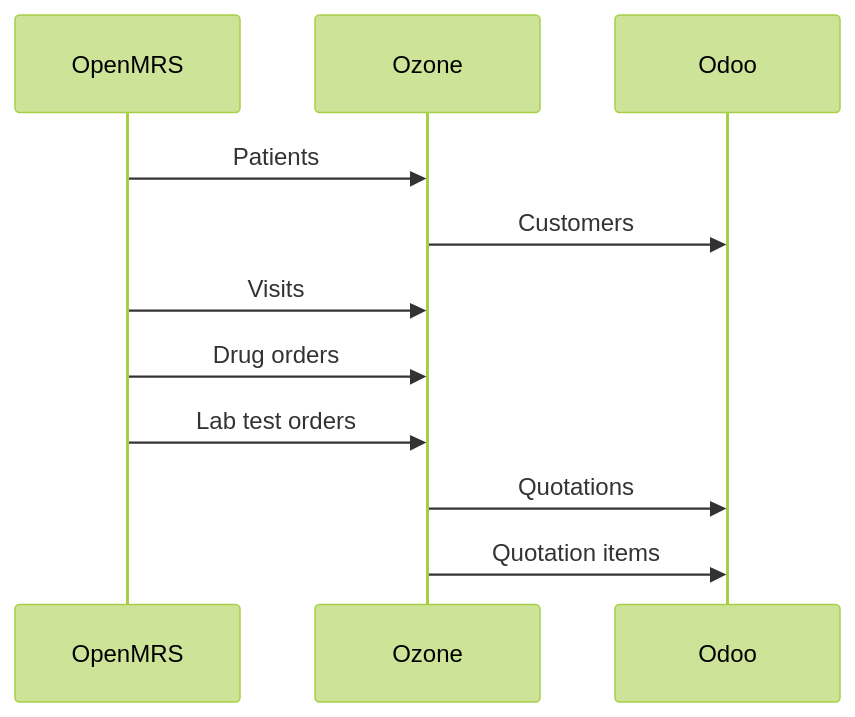
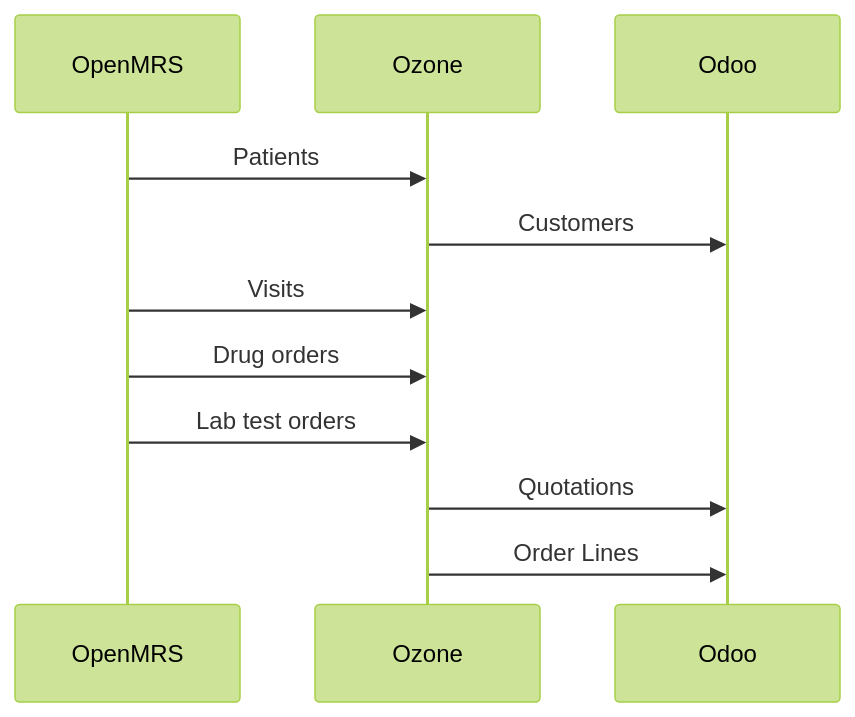
Before and after one commit to ozone-his/ozone-docs: the first of 5 diagrams in docs/users/odoo-openmrs.md, drawn with Mermaid (forest theme). The commit also changed other lines of this file, not shown here.

Commit message:
Reverted, in Odoo 'quotation item' → 'order line'.

````diff
--- a/docs/users/odoo-openmrs.md
+++ b/docs/users/odoo-openmrs.md
@@ -5,13 +5,13 @@
 ``` mermaid
     sequenceDiagram
         participant OpenMRS
         participant Ozone
         participant Odoo
         OpenMRS->>Ozone: Patients
         Ozone->>Odoo: Customers
         OpenMRS->>Ozone: Visits
         OpenMRS->>Ozone: Drug orders
         OpenMRS->>Ozone: Lab test orders
         Ozone->>Odoo: Quotations
-        Ozone->>Odoo: Quotation items
+        Ozone->>Odoo: Order Lines
 ```
````
